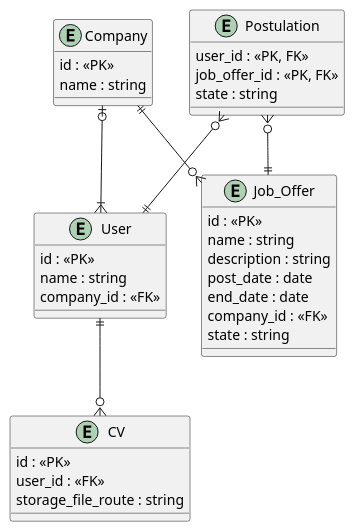
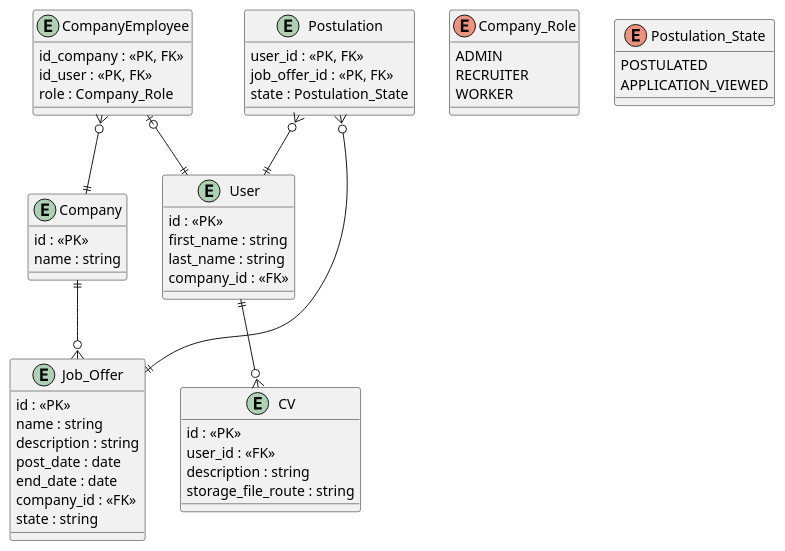
One commit to JuanFernandoCastaneda/El-Cheemspleo changed the diagram in entity-relation.puml. Above: the diagram before and after it, drawn with PlantUML. The commit also changed 12 other files, not shown here.

```diff
--- a/entity-relation.puml
+++ b/entity-relation.puml
@@ -1,41 +1,61 @@
 @startuml El Cheemspleo
 entity User {
     id : <<PK>>
-    name : string
+    first_name : string
+    last_name : string
     company_id : <<FK>>
 }
 
 entity CV {
     id : <<PK>>
     user_id : <<FK>>
+    description : string
     storage_file_route : string
 }
 
 entity Company {
     id : <<PK>>
     name : string
+}
+
+entity CompanyEmployee {
+    id_company : <<PK, FK>>
+    id_user : <<PK, FK>>
+    role : Company_Role
 }
 
 entity Job_Offer {
     id : <<PK>>
     name : string
     description : string
     post_date : date
     end_date : date
     company_id : <<FK>>
     state : string
 }
 
 entity Postulation {
     user_id : <<PK, FK>>
     job_offer_id : <<PK, FK>>
-    state : string
+    state : Postulation_State
+}
+
+enum Company_Role {
+    ADMIN
+    RECRUITER
+    WORKER
+}
+
+enum Postulation_State {
+    POSTULATED
+    APPLICATION_VIEWED
 }
 
 User ||--o{ CV
 ' To consider if a User could have more than one company to offer jobs.
-Company |o--|{ User 
+CompanyEmployee |o--|| User 
+CompanyEmployee }o--|| Company
 Company ||--o{ Job_Offer
 Postulation }o--|| User 
 Postulation }o--|| Job_Offer
 @enduml
```
